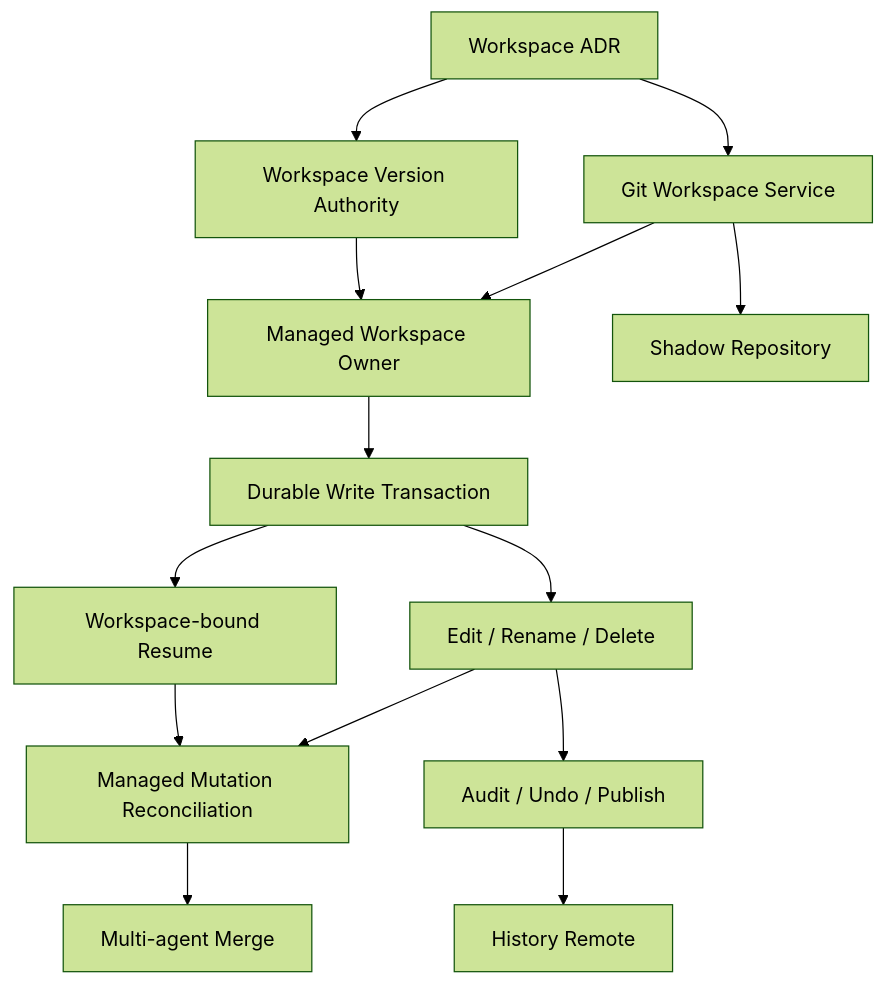
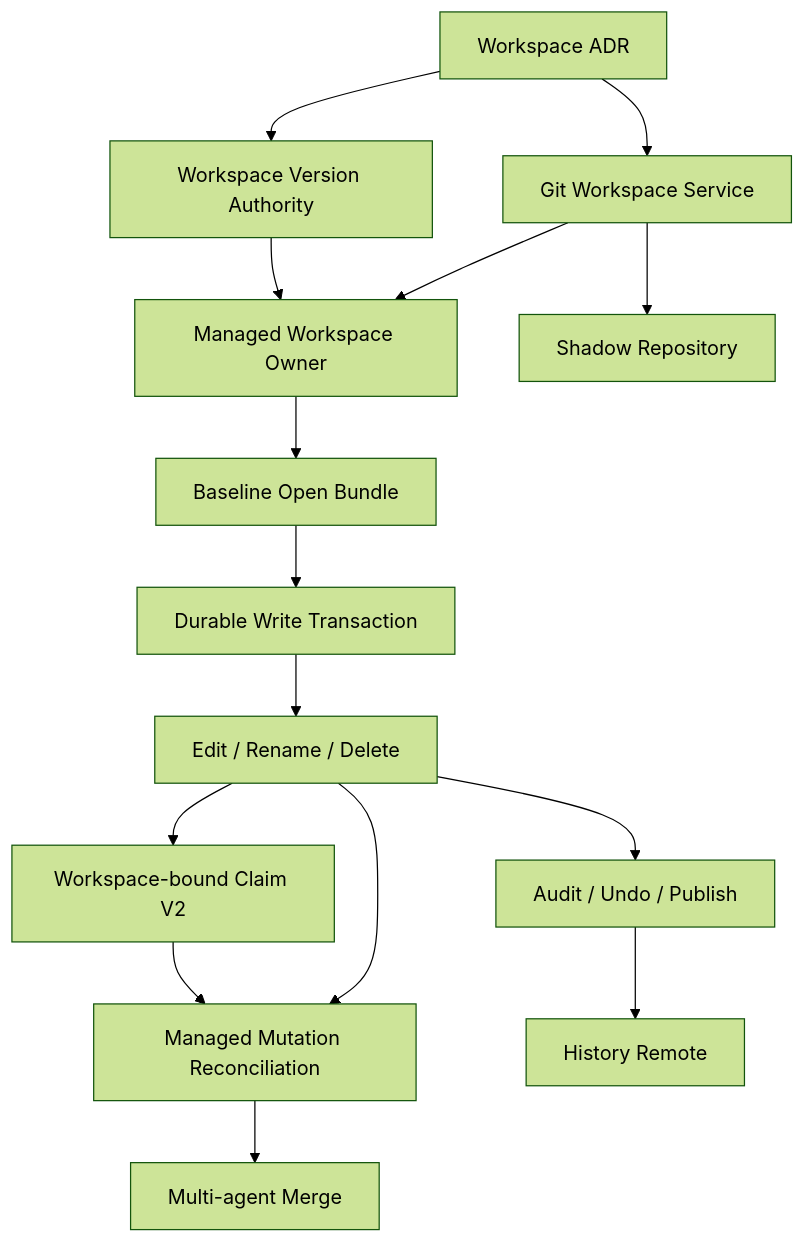
The fifth of 5 diagrams in docs/architecture/runtime-resume-git-native-workspace-roadmap.zh-CN.md (zhiiw/maka-agent), drawn with Mermaid (forest theme) before and after one commit. The commit also changed other lines of this file, not shown here.

Commit message:
docs(runtime): close managed workspace protocol gaps

````diff
--- a/docs/architecture/runtime-resume-git-native-workspace-roadmap.zh-CN.md
+++ b/docs/architecture/runtime-resume-git-native-workspace-roadmap.zh-CN.md
@@ -873,16 +1223,17 @@
 ```mermaid
 flowchart TD
   ADR["Workspace ADR"] --> GitService["Git Workspace Service"]
   ADR --> Facts["Workspace Version Authority"]
   GitService --> Owner["Managed Workspace Owner"]
   Facts --> Owner
-  Owner --> Write["Durable Write Transaction"]
+  Owner --> Baseline["Baseline Open Bundle"]
+  Baseline --> Write["Durable Write Transaction"]
   Write --> Structured["Edit / Rename / Delete"]
-  Write --> Resume["Workspace-bound Resume"]
+  Structured --> Resume["Workspace-bound Claim V2"]
   Structured --> Reconcile["Managed Mutation Reconciliation"]
   Resume --> Reconcile
   Structured --> Audit["Audit / Undo / Publish"]
   Audit --> Remote["History Remote"]
   GitService --> Shadow["Shadow Repository"]
   Reconcile --> MultiAgent["Multi-agent Merge"]
 ```
````
